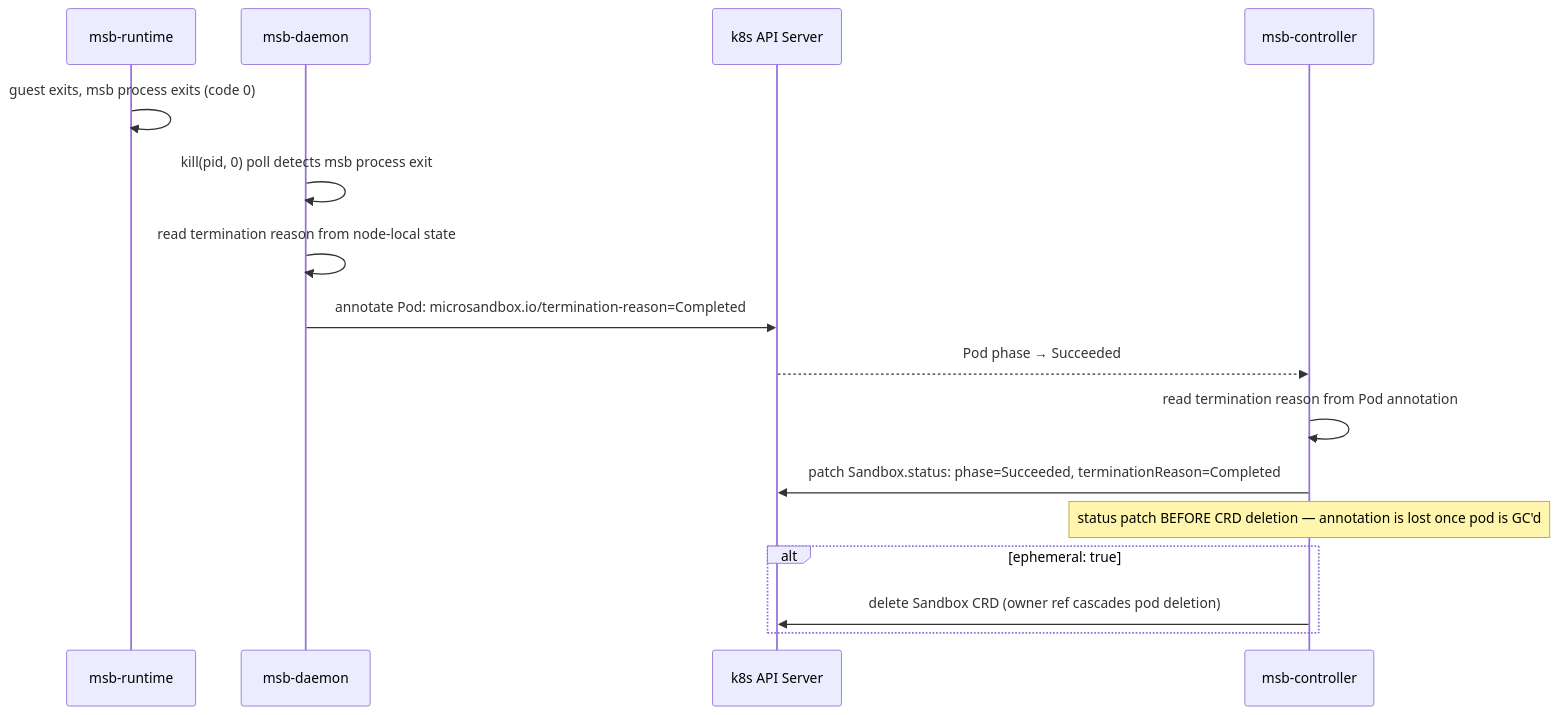
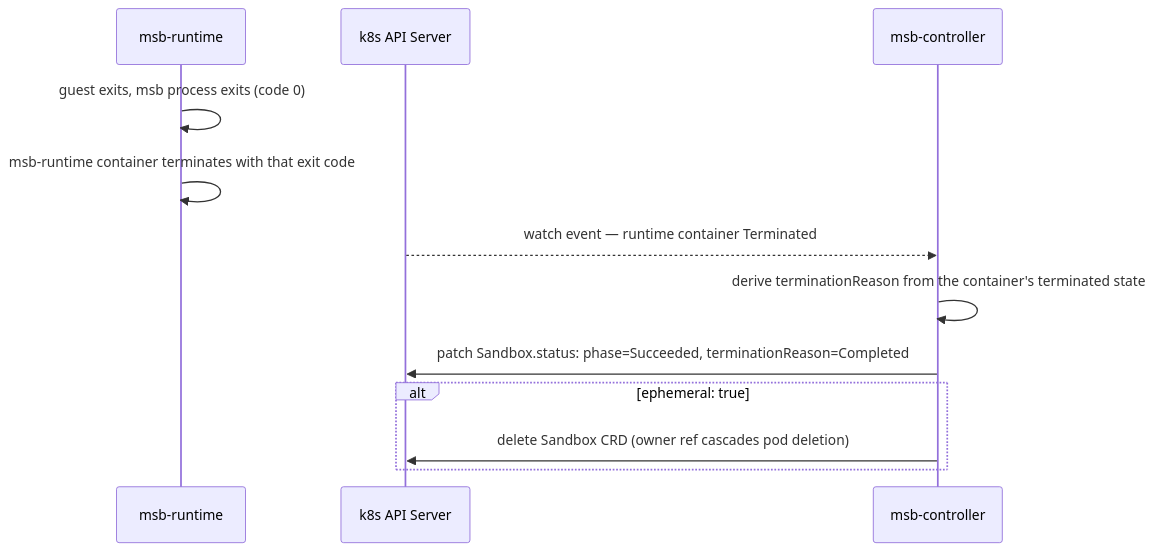
The third of 11 diagrams in docs/operator-design.md (TheRealSibasishBehera/msb-operator), drawn with Mermaid before and after one commit. The commit also changed other lines of this file, not shown here.

First line of the commit message:
docs: correct the daemon role and exit detection

````diff
--- a/docs/operator-design.md
+++ b/docs/operator-design.md
@@ -180,19 +180,15 @@
 ```mermaid
 sequenceDiagram
     participant Runtime as msb-runtime
-    participant Daemon as msb-daemon
     participant API as k8s API Server
     participant Ctrl as msb-controller
 
     Runtime->>Runtime: guest exits, msb process exits (code 0)
-    Daemon->>Daemon: kill(pid, 0) poll detects msb process exit
-    Daemon->>Daemon: read termination reason from node-local state
-    Daemon->>API: annotate Pod: microsandbox.io/termination-reason=Completed
-    API-->>Ctrl: Pod phase → Succeeded
-    Ctrl->>Ctrl: read termination reason from Pod annotation
+    Runtime->>Runtime: msb-runtime container terminates with that exit code
+    API-->>Ctrl: watch event — runtime container Terminated
+    Ctrl->>Ctrl: derive terminationReason from the container's terminated state
     Ctrl->>API: patch Sandbox.status: phase=Succeeded, terminationReason=Completed
-    Note over Ctrl: status patch BEFORE CRD deletion — annotation is lost once pod is GC'd
     alt ephemeral: true
         Ctrl->>API: delete Sandbox CRD (owner ref cascades pod deletion)
     end
 ```
````
